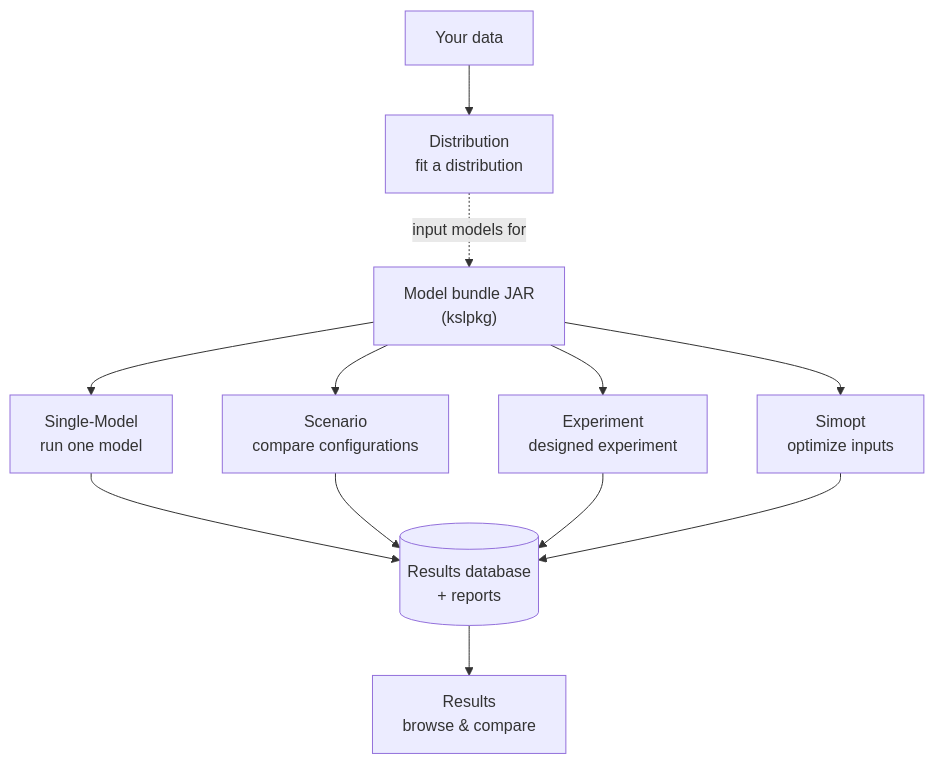
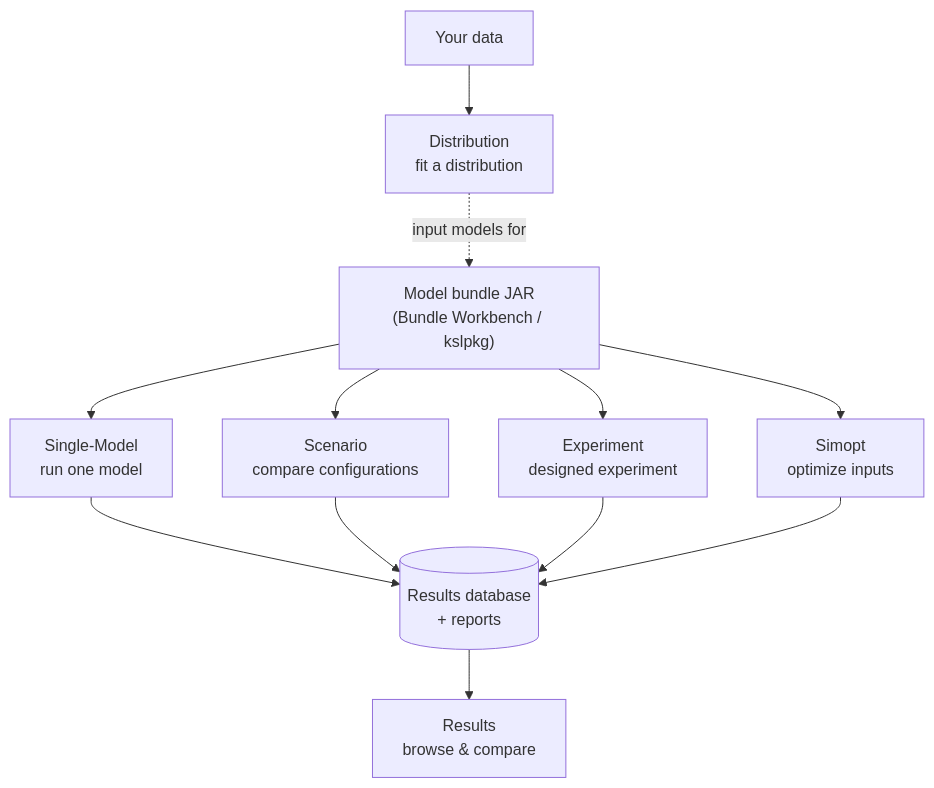
One commit to rossetti/KSL changed the diagram in docs/guides/apps/README.md. Above: the diagram before and after it, drawn with Mermaid. The commit also changed other lines of this file and 10 other files, not shown here.

First line of the commit message:
docs(bundle-workbench): add hands-on Bundle Workbench app guide

````diff
--- a/docs/guides/apps/README.md
+++ b/docs/guides/apps/README.md
@@ -38,15 +39,15 @@
 ```mermaid
 flowchart TD
-    bundle["Model bundle JAR<br/>(kslpkg)"]
+    bundle["Model bundle JAR<br/>(Bundle Workbench / kslpkg)"]
     bundle --> single["Single-Model<br/>run one model"]
     bundle --> scenario["Scenario<br/>compare configurations"]
     bundle --> experiment["Experiment<br/>designed experiment"]
     bundle --> simopt["Simopt<br/>optimize inputs"]
     single --> db[("Results database<br/>+ reports")]
     scenario --> db
     experiment --> db
     simopt --> db
     db --> results["Results<br/>browse & compare"]
     data["Your data"] --> distribution["Distribution<br/>fit a distribution"]
     distribution -.->|"input models for"| bundle
 ```
````
